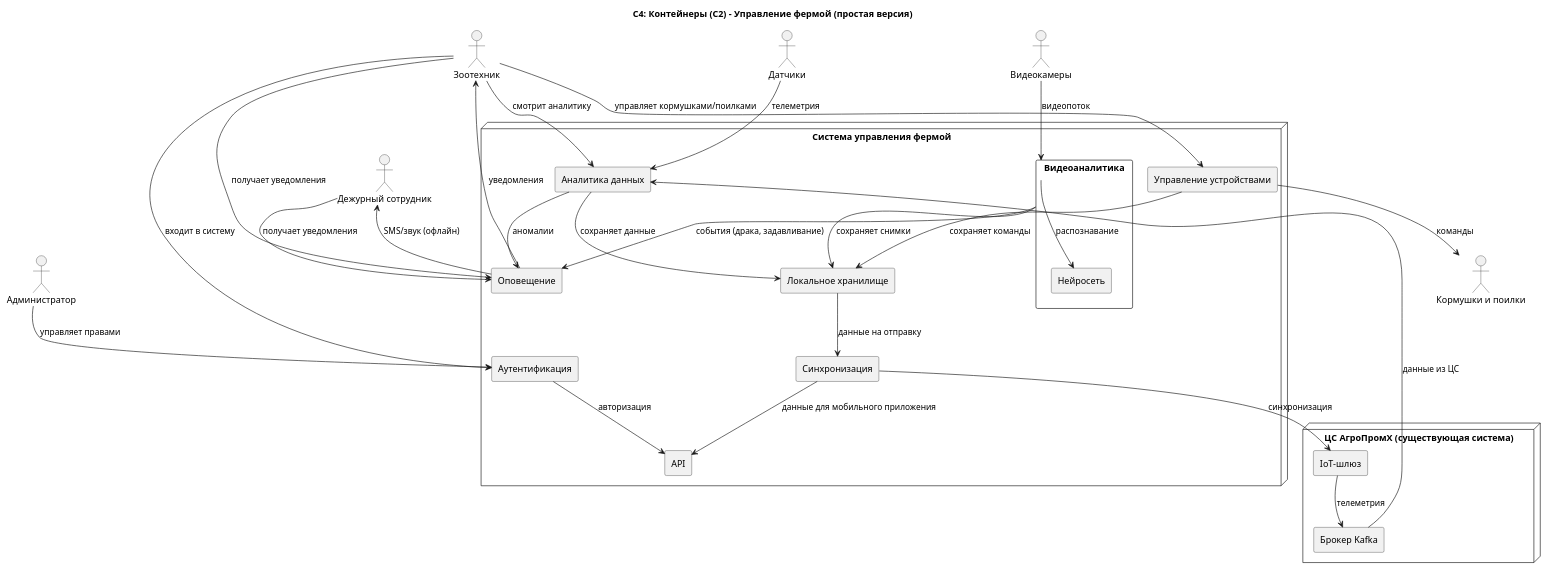
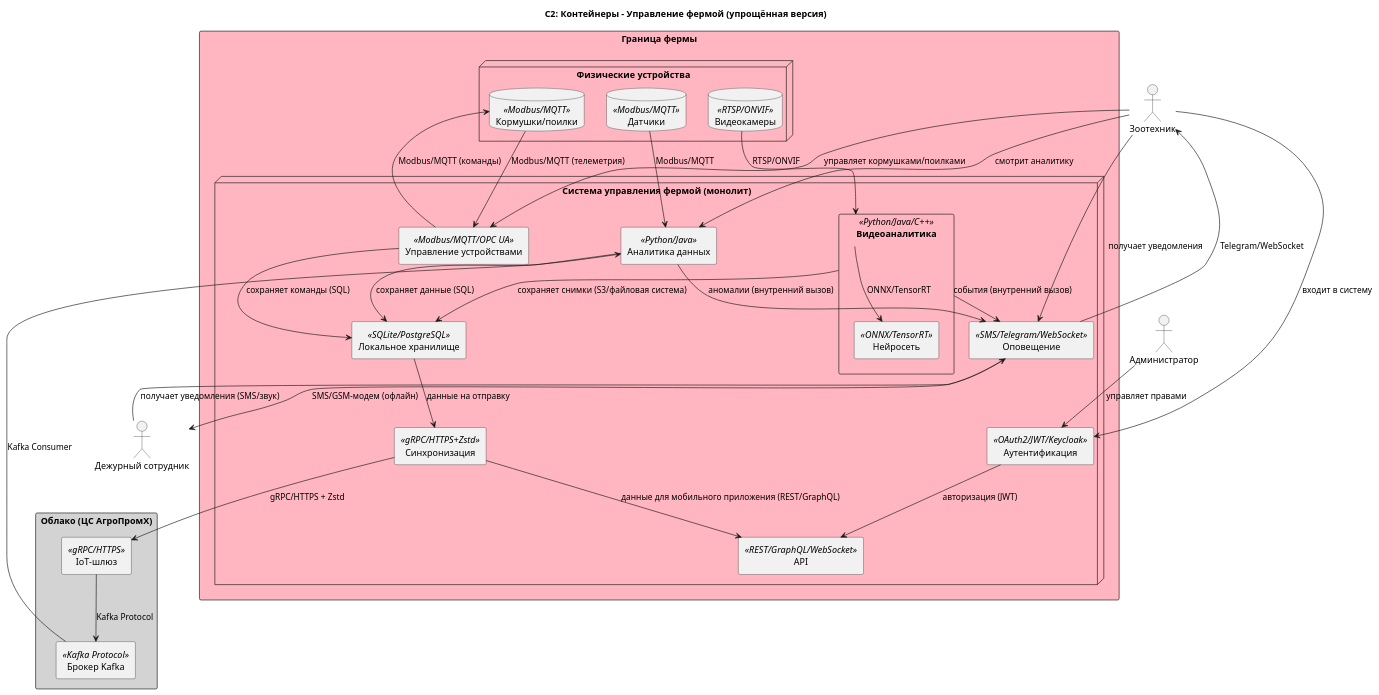
One commit to sdilman/MSA-AgroTech changed the second of 2 diagrams in Task2/adr.md. Above: the diagram before and after it, drawn with PlantUML. The commit also changed other lines of this file and 1 other file, not shown here.

````diff
--- a/Task2/adr.md
+++ b/Task2/adr.md
@@ -143,36 +158,45 @@
 skinparam shadowing false
 skinparam componentStyle rectangle
 skinparam nodeStyle plain
-title C4: Контейнеры (C2) - Управление фермой (простая версия)
+title C2: Контейнеры - Управление фермой (упрощённая версия)
 
 actor "Зоотехник" as Zootech
 actor "Администратор" as Admin
 actor "Дежурный сотрудник" as LocalOperator
 
-node "ЦС АгроПромХ (существующая система)" as ExistingCS {
-  component "IoT-шлюз" as IoTGateway
-  component "Брокер Kafka" as Kafka
+rectangle "Облако (ЦС АгроПромХ)" #LightGray {
+  component "IoT-шлюз" as IoTGateway <<gRPC/HTTPS>>
+  component "Брокер Kafka" as Kafka <<Kafka Protocol>>
 }
 
-node "Система управления фермой" as FarmSystem {
-  
-  component "Локальное хранилище" as LocalStorage
-  
-  component "Видеоаналитика" as VideoAnalytics {
-    component "Нейросеть" as NeuralNet
+rectangle "Граница фермы" #LightPink {
+
+  node "Система управления фермой (монолит)" as FarmSystem {
+    
+    component "Локальное хранилище" as LocalStorage <<SQLite/PostgreSQL>>
+    
+    component "Видеоаналитика" as VideoAnalytics <<Python/Java/C++>> {
+      component "Нейросеть" as NeuralNet <<ONNX/TensorRT>>
+    }
+    
+    component "Управление устройствами" as DeviceControl <<Modbus/MQTT/OPC UA>>
+    
+    component "Аналитика данных" as DataAnalytics <<Python/Java>>
+    
+    component "Оповещение" as Alerting <<SMS/Telegram/WebSocket>>
+    
+    component "Аутентификация" as Auth <<OAuth2/JWT/Keycloak>>
+    
+    component "API" as API <<REST/GraphQL/WebSocket>>
+    
+    component "Синхронизация" as Sync <<gRPC/HTTPS+Zstd>>
   }
   
-  component "Управление устройствами" as DeviceControl
-  
-  component "Аналитика данных" as DataAnalytics
-  
-  component "Оповещение" as Alerting
-  
-  component "Аутентификация" as Auth
-  
-  component "API" as API
-  
-  component "Синхронизация" as Sync
+  node "Физические устройства" as Devices {
+    database "Кормушки/поилки" as Feeders <<Modbus/MQTT>>
+    database "Датчики" as Sensors <<Modbus/MQTT>>
+    database "Видеокамеры" as Cameras <<RTSP/ONVIF>>
+  }
 }
 
 ' Пользователи
@@ -182,37 +206,38 @@
 Zootech --> Auth : входит в систему
 
 Admin --> Auth : управляет правами
-LocalOperator --> Alerting : получает уведомления
+LocalOperator --> Alerting : получает уведомления (SMS/звук)
 
 ' Устройства на ферме
-DeviceControl --> "Кормушки и поилки" : команды
-"Датчики" --> DataAnalytics : телеметрия
-"Видеокамеры" --> VideoAnalytics : видеопоток
+Cameras --> VideoAnalytics : RTSP/ONVIF
+Sensors --> DataAnalytics : Modbus/MQTT
+Feeders --> DeviceControl : Modbus/MQTT (телеметрия)
+DeviceControl --> Feeders : Modbus/MQTT (команды)
 
 ' Внутренняя логика
-VideoAnalytics --> NeuralNet : распознавание
-VideoAnalytics --> Alerting : события (драка, задавливание)
-VideoAnalytics --> LocalStorage : сохраняет снимки
+VideoAnalytics --> NeuralNet : ONNX/TensorRT
+VideoAnalytics --> Alerting : события (внутренний вызов)
+VideoAnalytics --> LocalStorage : сохраняет снимки (S3/файловая система)
 
-DataAnalytics --> LocalStorage : сохраняет данные
-DataAnalytics --> Alerting : аномалии
+DataAnalytics --> LocalStorage : сохраняет данные (SQL)
+DataAnalytics --> Alerting : аномалии (внутренний вызов)
 
-DeviceControl --> LocalStorage : сохраняет команды
+DeviceControl --> LocalStorage : сохраняет команды (SQL)
 
-Alerting --> LocalOperator : SMS/звук (офлайн)
-Alerting --> Zootech : уведомления
+Alerting --> LocalOperator : SMS/GSM-модем (офлайн)
+Alerting --> Zootech : Telegram/WebSocket
 
-' Синхронизация с ЦС
+' Синхронизация с ЦС (задержка до 10 минут)
 LocalStorage --> Sync : данные на отправку
-Sync --> IoTGateway : синхронизация
+Sync --> IoTGateway : gRPC/HTTPS + Zstd
 
-' Существующая ЦС
-IoTGateway --> Kafka : телеметрия
-Kafka --> DataAnalytics : данные из ЦС
+' Облачная ЦС
+IoTGateway --> Kafka : Kafka Protocol
+Kafka --> DataAnalytics : Kafka Consumer
 
 ' Внешние системы
-Auth --> API : авторизация
-Sync --> API : данные для мобильного приложения
+Auth --> API : авторизация (JWT)
+Sync --> API : данные для мобильного приложения (REST/GraphQL)
 
 @enduml
 ```
````
